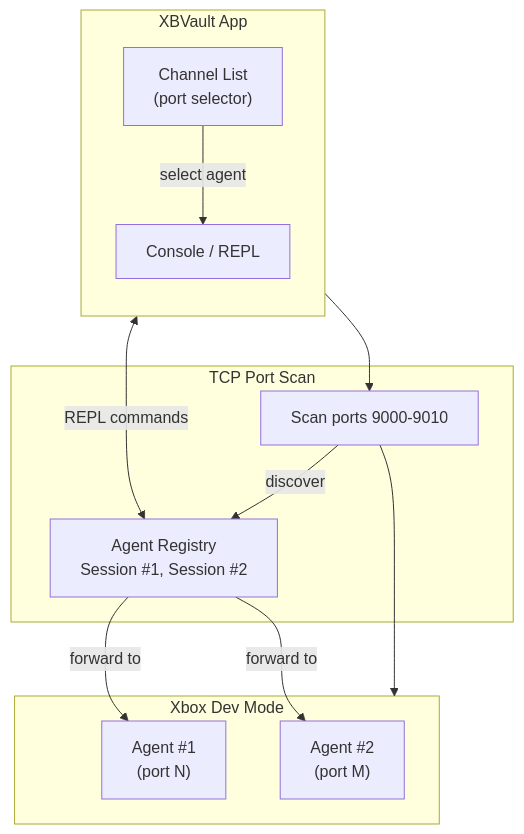
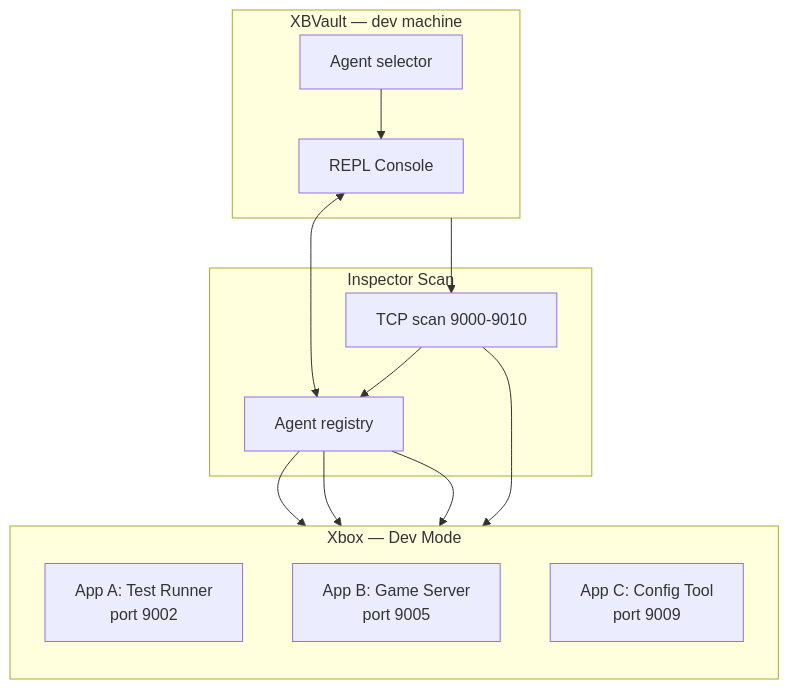
The second of 2 diagrams in docs/inspector.md (marcelofrau/xb-homebrew-vault), drawn with Mermaid before and after one commit. The commit also changed other lines of this file, not shown here.

First line of the commit message:
docs(inspector): rewrite as developer pitch — ADB for Xbox debugging

````diff
--- a/docs/inspector.md
+++ b/docs/inspector.md
@@ -24,26 +109,27 @@
 ```mermaid
 flowchart TB
-    subgraph XBVault["XBVault App"]
-        direction TB
-        Console["Console / REPL"]
-        ChannelList["Channel List<br/>(port selector)"]
+    subgraph XBVault["XBVault — dev machine"]
+        Console["REPL Console"]
+        ChannelList["Agent selector"]
     end
 
-    subgraph Scan["TCP Port Scan"]
-        ScanProcess["Scan ports 9000-9010"]
-        Registry["Agent Registry<br/>Session #1, Session #2"]
+    subgraph ScanAgent["Inspector Scan"]
+        ScanProcess["TCP scan 9000-9010"]
+        Registry["Agent registry"]
     end
 
-    subgraph Xbox["Xbox Dev Mode"]
-        Agent1["Agent #1<br/>(port N)"]
-        Agent2["Agent #2<br/>(port M)"]
+    subgraph Xbox["Xbox — Dev Mode"]
+        direction TB
+        A1["App A: Test Runner<br/>port 9002"]
+        A2["App B: Game Server<br/>port 9005"]
+        A3["App C: Config Tool<br/>port 9009"]
     end
 
-    Console <-->|"REPL commands"| Registry
-    ChannelList -->|"select agent"| Console
-    ScanProcess -->|"discover"| Registry
-    Registry -->|"forward to"| Agent1
-    Registry -->|"forward to"| Agent2
-    XBVault --> ScanProcess
-    ScanProcess --> Xbox
+    Console <--> Registry
+    ChannelList --> Console
+    ScanProcess --> Registry
+    Registry --> A1
+    Registry --> A2
+    Registry --> A3
+    XBVault --> ScanProcess --> Xbox
 ```
````
